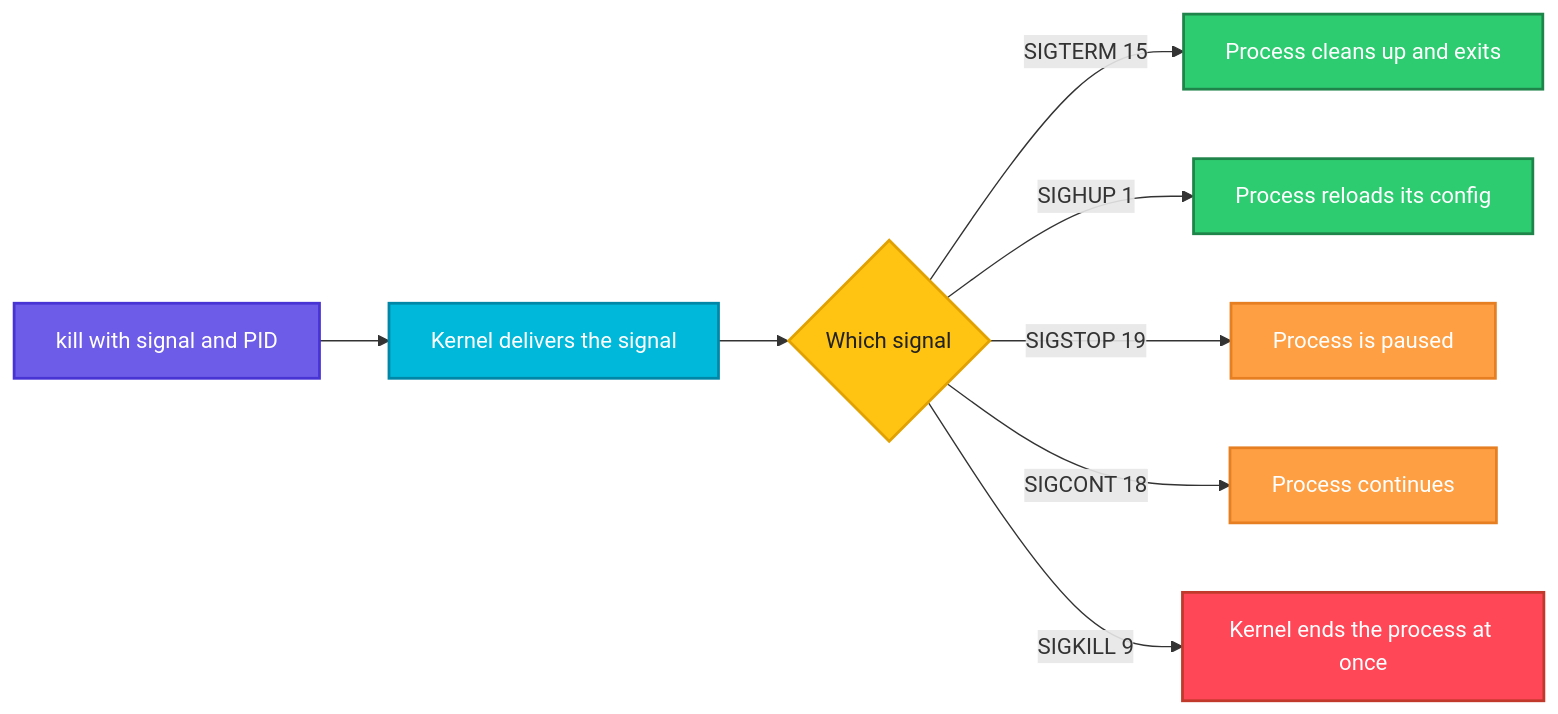
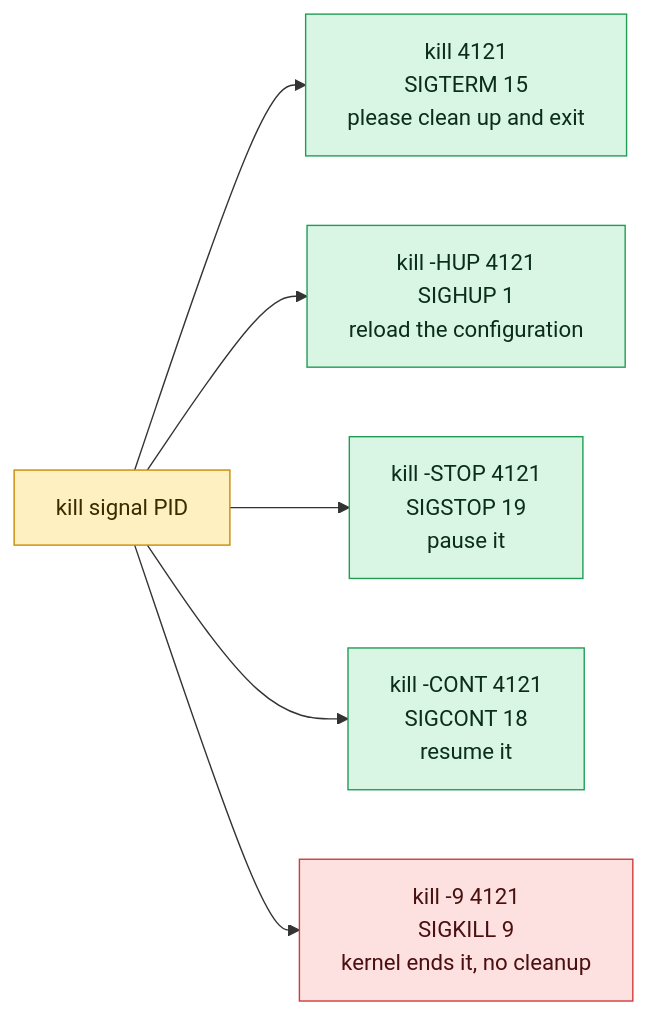
Before and after one commit to codeKerdosTech/DevOps-Documentation: the diagram in linux/process-management/kill.md, drawn with Mermaid. The commit also changed other lines of this file and 165 other files, not shown here.

Commit message:
updated diagrams in linux

````diff
--- a/linux/process-management/kill.md
+++ b/linux/process-management/kill.md
@@ -17,23 +17,16 @@
 ```mermaid
 flowchart LR
-    A[kill with signal and PID] --> B[Kernel delivers the signal]
-    B --> C{Which signal}
-    C -->|SIGTERM 15| D[Process cleans up and exits]
-    C -->|SIGHUP 1| E[Process reloads its config]
-    C -->|SIGSTOP 19| F[Process is paused]
-    C -->|SIGCONT 18| G[Process continues]
-    C -->|SIGKILL 9| H[Kernel ends the process at once]
-    classDef start fill:#6C5CE7,stroke:#4834D4,stroke-width:2px,color:#fff
-    classDef proc fill:#00B8D9,stroke:#0087A8,stroke-width:2px,color:#fff
-    classDef dec fill:#FFC312,stroke:#E1A100,stroke-width:2px,color:#222
-    classDef ok fill:#2ECC71,stroke:#1E8449,stroke-width:2px,color:#fff
-    classDef err fill:#FF4757,stroke:#C0392B,stroke-width:2px,color:#fff
-    classDef out fill:#FD79A8,stroke:#E84393,stroke-width:2px,color:#fff
-    classDef alt fill:#FF9F43,stroke:#E67E22,stroke-width:2px,color:#fff
-    class A start
-    class B proc
-    class C dec
-    class D,E ok
-    class F,G alt
-    class H err
+    c1[kill signal PID] --> o1[kill 4121<br/>SIGTERM 15<br/>please clean up and exit]
+    c1 --> o2[kill -HUP 4121<br/>SIGHUP 1<br/>reload the configuration]
+    c1 --> o3[kill -STOP 4121<br/>SIGSTOP 19<br/>pause it]
+    c1 --> o4[kill -CONT 4121<br/>SIGCONT 18<br/>resume it]
+    c1 --> x1[kill -9 4121<br/>SIGKILL 9<br/>kernel ends it, no cleanup]
+    classDef inp fill:#DCEBFF,stroke:#2F6FDE,color:#10213F
+    classDef cmd fill:#FFF0C2,stroke:#C98A00,color:#3A2A00
+    classDef out fill:#D9F5E3,stroke:#1F9D55,color:#0B2E1A
+    classDef bad fill:#FDE0E0,stroke:#D13B3B,color:#4A0F0F
+    classDef note fill:#ECEFF3,stroke:#7B8794,color:#1F2933
+    class c1 cmd
+    class o1,o2,o3,o4 out
+    class x1 bad
 ```
````
